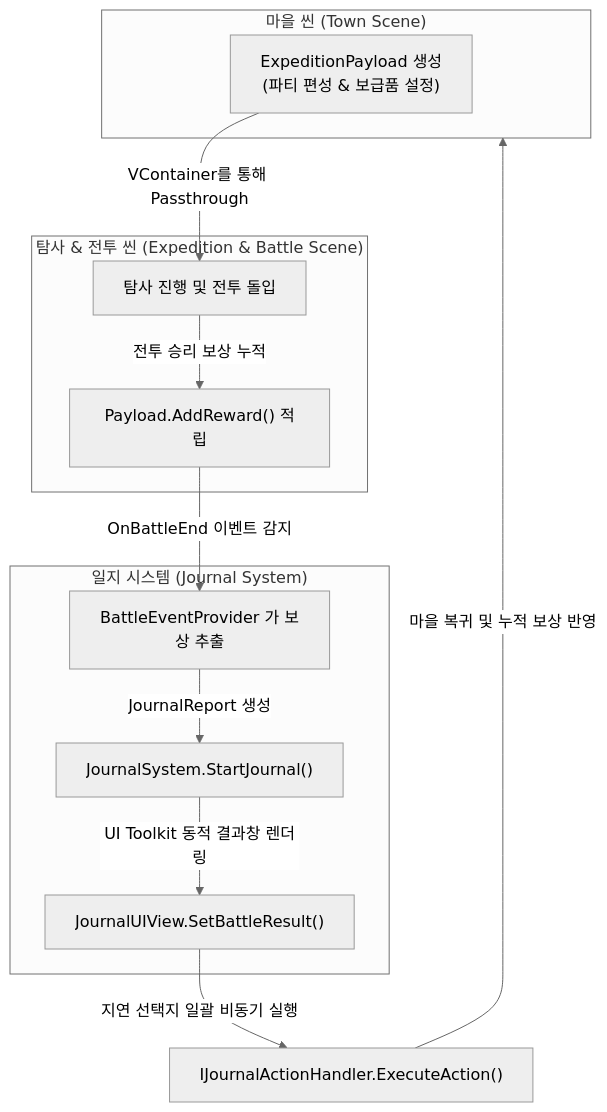
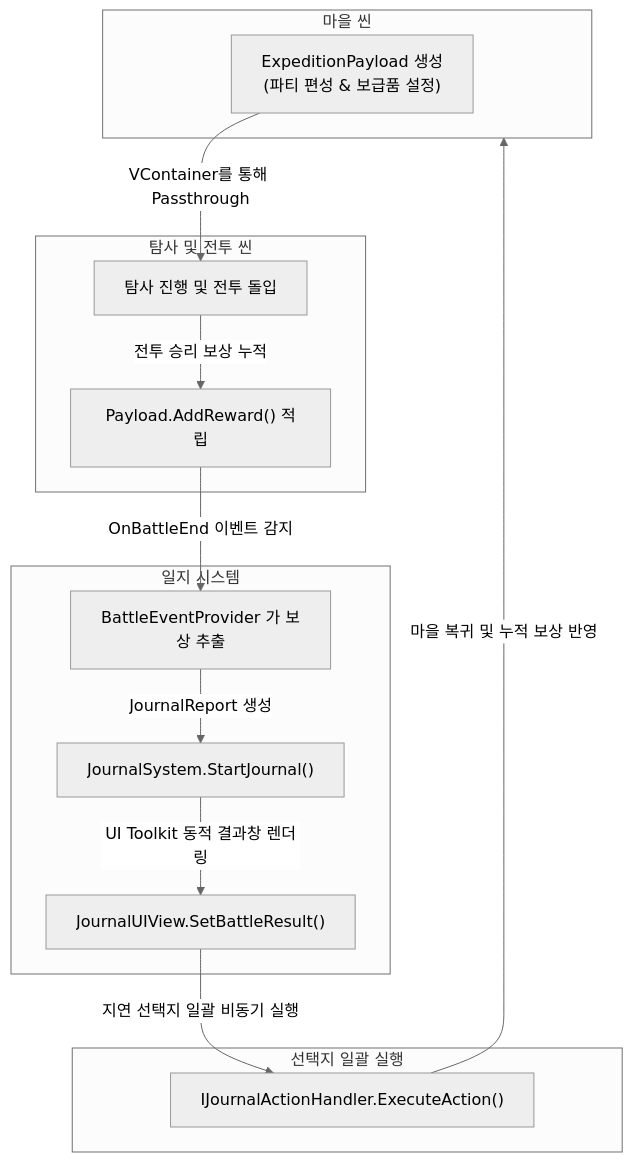
One commit to WhiteAppleKo/Portfolio changed the first of 2 diagrams in portfolio/project5/Release Document/DEV.md. Above: the diagram before and after it, drawn with Mermaid (neutral theme). The commit also changed other lines of this file and 15 other files, not shown here.

````diff
--- a/portfolio/project5/Release Document/DEV.md
+++ b/portfolio/project5/Release Document/DEV.md
@@ -38,20 +28,23 @@
 ```mermaid
 flowchart TD
-    subgraph TownScene ["마을 씬 (Town Scene)"]
+    subgraph TownScene ["마을 씬"]
         PayloadInit["ExpeditionPayload 생성<br>(파티 편성 & 보급품 설정)"]
     end
 
-    subgraph ExpeditionScene ["탐사 & 전투 씬 (Expedition & Battle Scene)"]
+    subgraph ExpeditionScene ["탐사 및 전투 씬"]
         PayloadInit -->|"VContainer를 통해 Passthrough"| PlayContext["탐사 진행 및 전투 돌입"]
         PlayContext -->|"전투 승리 보상 누적"| RewardAccum["Payload.AddReward() 적립"]
     end
 
-    subgraph JournalSystem ["일지 시스템 (Journal System)"]
+    subgraph JournalSystem ["일지 시스템"]
         RewardAccum -->|"OnBattleEnd 이벤트 감지"| EventProvider["BattleEventProvider 가 보상 추출"]
         EventProvider -->|"JournalReport 생성"| StartJournal["JournalSystem.StartJournal()"]
         StartJournal -->|"UI Toolkit 동적 결과창 렌더링"| ResultUI["JournalUIView.SetBattleResult()"]
     end
 
-    ResultUI -->|"지연 선택지 일괄 비동기 실행"| CloseJournal["IJournalActionHandler.ExecuteAction()"]
+    subgraph JournalSystem_Deferred ["선택지 일괄 실행"]
+        ResultUI -->|"지연 선택지 일괄 비동기 실행"| CloseJournal["IJournalActionHandler.ExecuteAction()"]
+    end
+
     CloseJournal -->|"마을 복귀 및 누적 보상 반영"| TownScene
 ```
````
